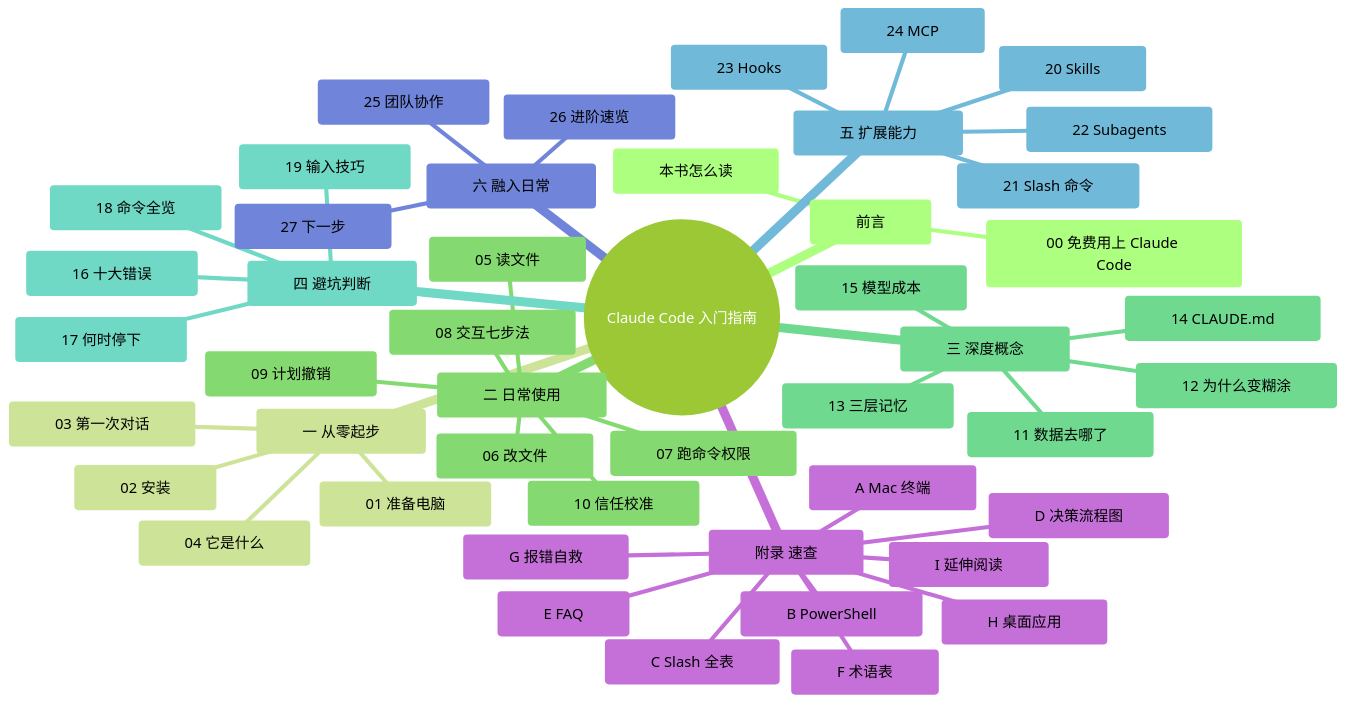
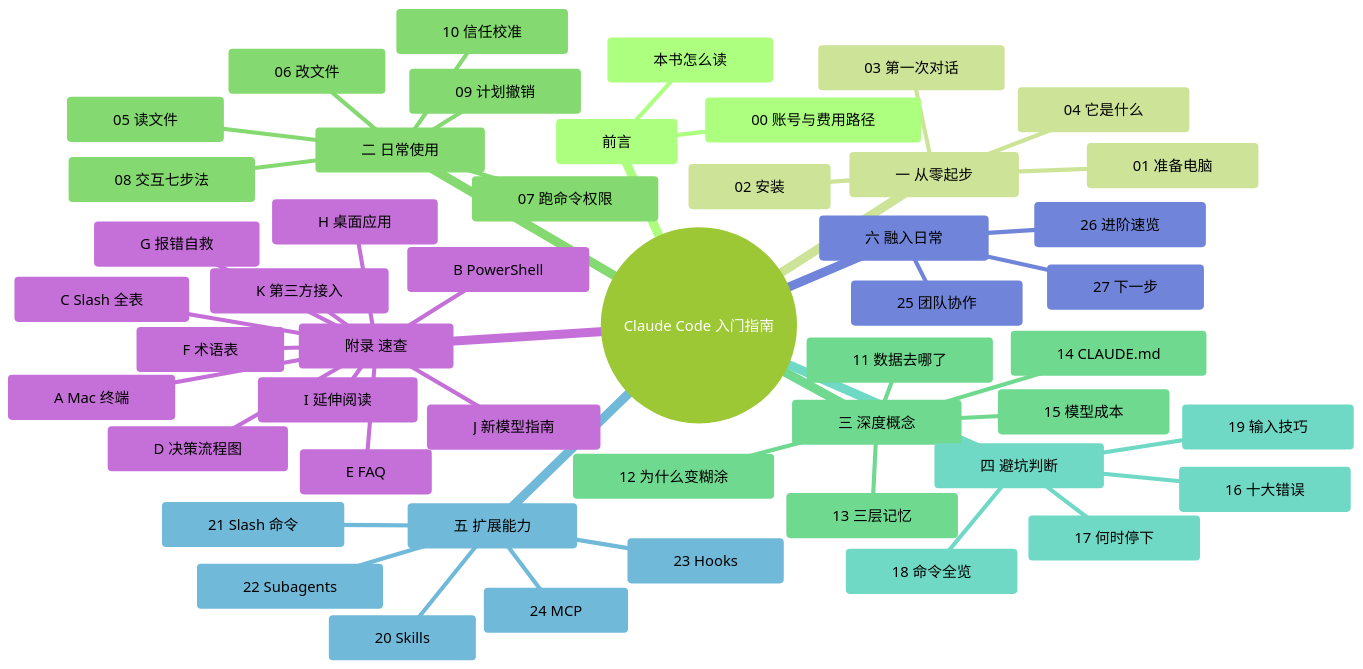
One commit to mali9527/claude-code-full-guide-for-beginners changed the diagram in manuscript/00-前言/00-本书怎么读.md. Above: the diagram before and after it, drawn with Mermaid. The commit also changed other lines of this file and 130 other files, not shown here.

Commit message:
更新 Claude Code 九月源稿并接入系列生产工具

````diff
--- a/manuscript/00-前言/00-本书怎么读.md
+++ b/manuscript/00-前言/00-本书怎么读.md
@@ -10,62 +12,64 @@
 ```mermaid
 ---
 config:
   useMaxWidth: false
   theme: forest
   themeVariables:
     fontFamily: "-apple-system, 'SF Pro Text', 'PingFang SC', 'Helvetica Neue', sans-serif"
     fontSize: "18px"
     lineColor: "#D9D9D9"
   mindmap:
     padding: 28
     useMaxWidth: false
 ---
 mindmap
   root((Claude Code 入门指南))
     前言
       本书怎么读
-      00 免费用上 Claude Code
+      00 账号与费用路径
     一 从零起步
       01 准备电脑
       02 安装
       03 第一次对话
       04 它是什么
     二 日常使用
       05 读文件
       06 改文件
       07 跑命令权限
       08 交互七步法
       09 计划撤销
       10 信任校准
     三 深度概念
       11 数据去哪了
       12 为什么变糊涂
       13 三层记忆
       14 CLAUDE.md
       15 模型成本
     四 避坑判断
       16 十大错误
       17 何时停下
       18 命令全览
       19 输入技巧
     五 扩展能力
       20 Skills
       21 Slash 命令
       22 Subagents
       23 Hooks
       24 MCP
     六 融入日常
       25 团队协作
       26 进阶速览
       27 下一步
     附录 速查
       A Mac 终端
       B PowerShell
       C Slash 全表
       D 决策流程图
       E FAQ
       F 术语表
       G 报错自救
       H 桌面应用
       I 延伸阅读
+      J 新模型指南
+      K 第三方接入
 ```
````
